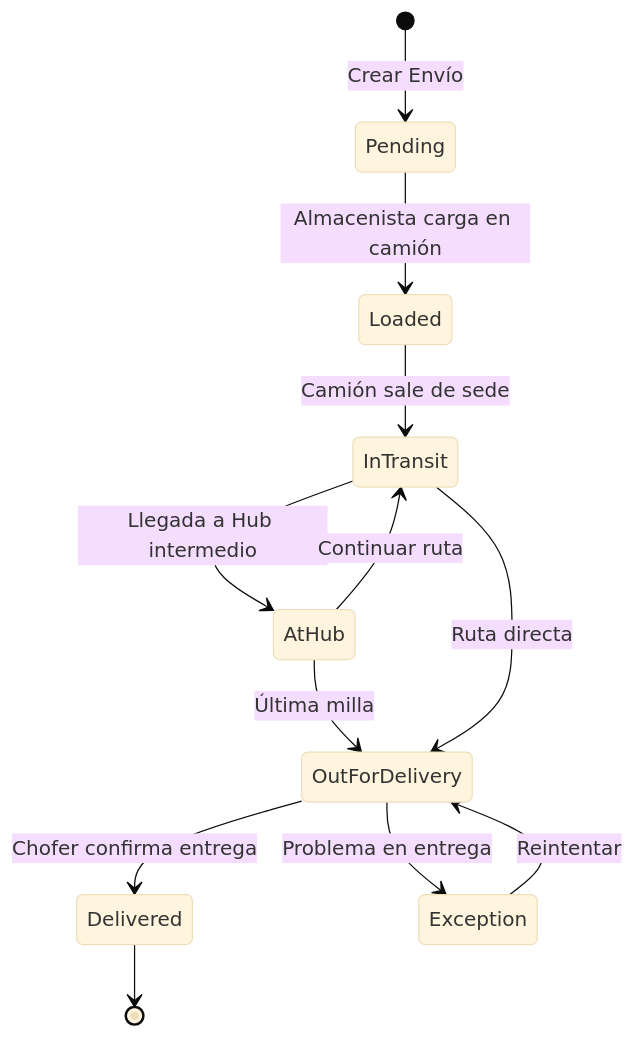
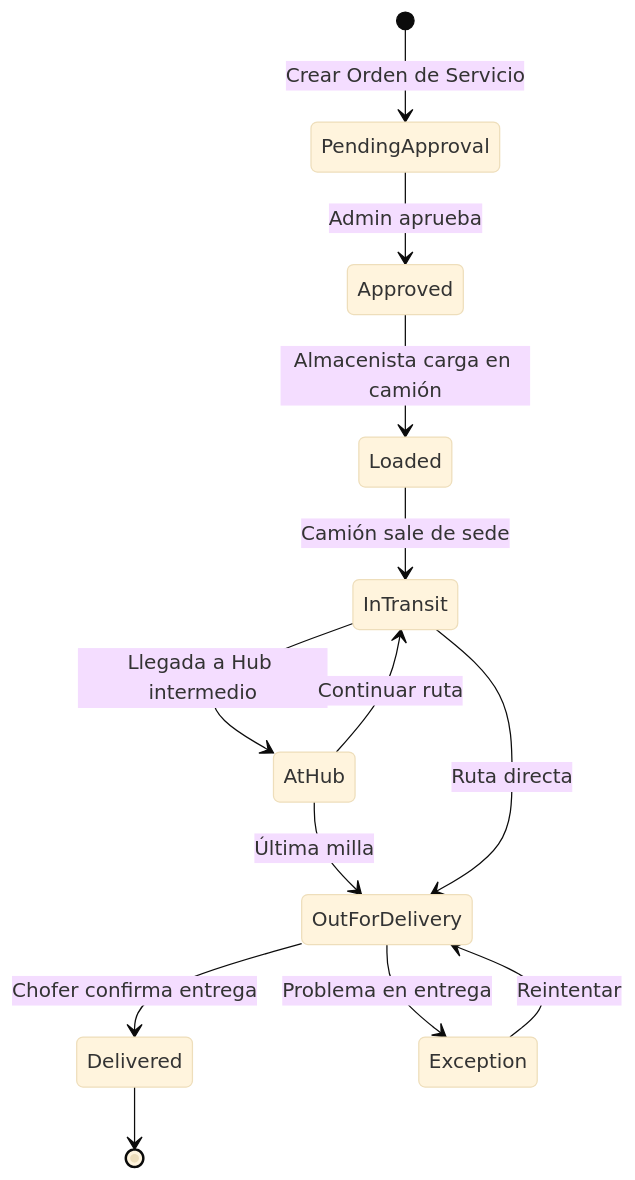
The second of 7 diagrams in database-schema.md (MetaCodeX/Parhelion-Logistics), drawn with Mermaid (base theme) before and after one commit. The commit also changed other lines of this file, not shown here.

````diff
--- a/database-schema.md
+++ b/database-schema.md
@@ -305,14 +363,15 @@
 ```mermaid
 stateDiagram-v2
-    [*] --> Pending : Crear Envío
-    Pending --> Loaded : Almacenista carga en camión
+    [*] --> PendingApproval : Crear Orden de Servicio
+    PendingApproval --> Approved : Admin aprueba
+    Approved --> Loaded : Almacenista carga en camión
     Loaded --> InTransit : Camión sale de sede
     InTransit --> AtHub : Llegada a Hub intermedio
     AtHub --> InTransit : Continuar ruta
     AtHub --> OutForDelivery : Última milla
     InTransit --> OutForDelivery : Ruta directa
     OutForDelivery --> Delivered : Chofer confirma entrega
     OutForDelivery --> Exception : Problema en entrega
     Exception --> OutForDelivery : Reintentar
     Delivered --> [*]
 ```
````
